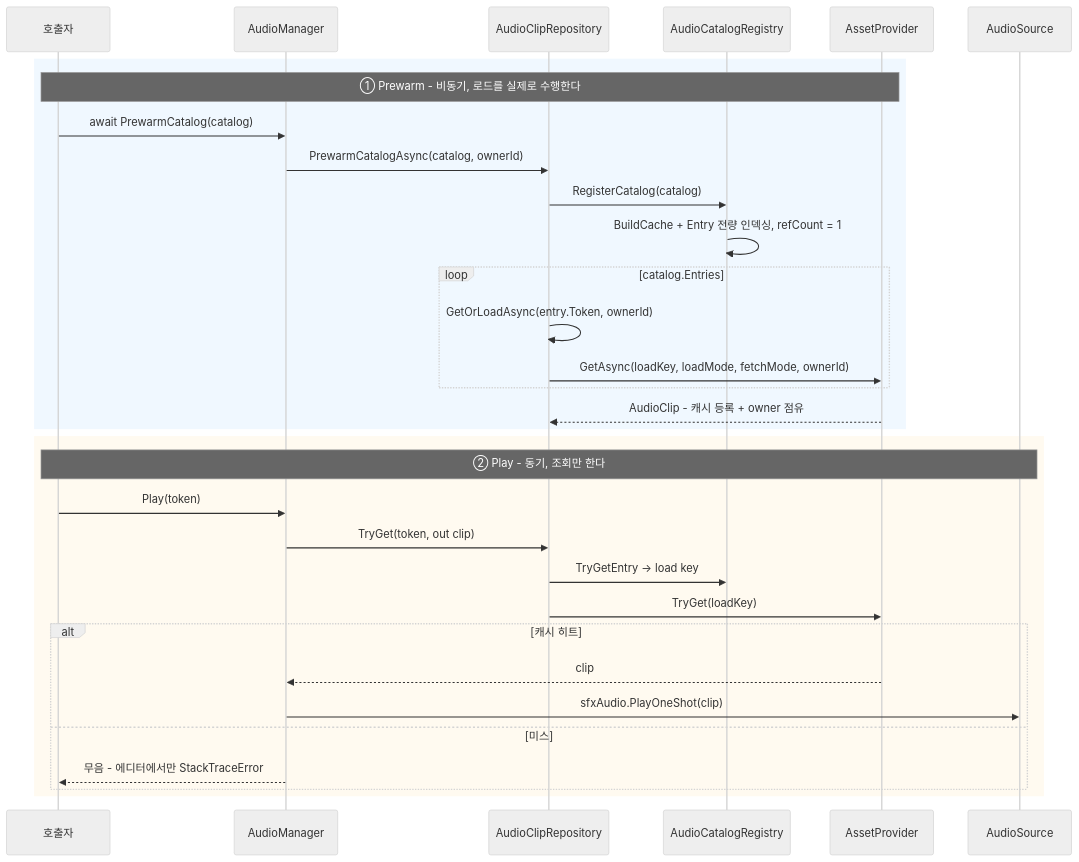
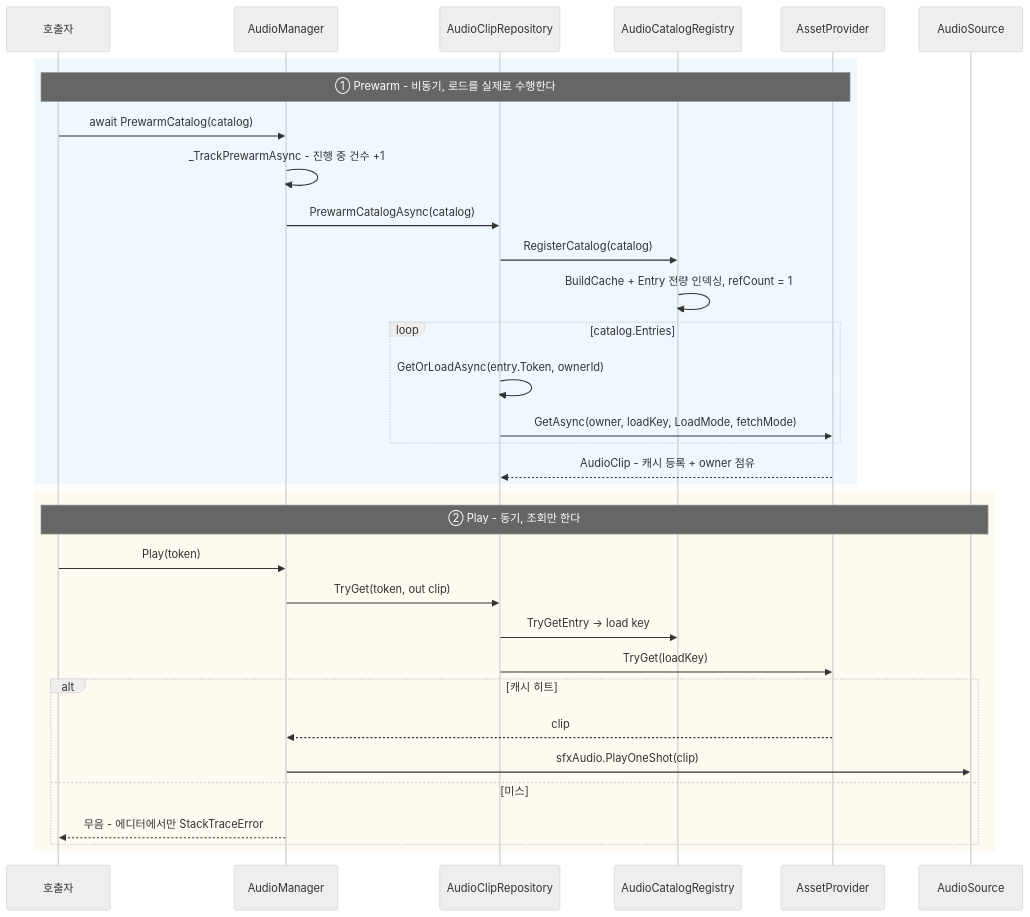
The fourth of 9 diagrams in HAudio/Runtime/README.md (HoHong123/HCUP-Unity), drawn with Mermaid (neutral theme) before and after one commit. The commit also changed other lines of this file, not shown here.

````diff
--- a/HAudio/Runtime/README.md
+++ b/HAudio/Runtime/README.md
@@ -175,36 +173,37 @@
 ```mermaid
 sequenceDiagram
     participant C as 호출자
     participant AM as AudioManager
     participant REPO as AudioClipRepository
     participant REG as AudioCatalogRegistry
     participant AP as AssetProvider
     participant SRC as AudioSource
 
     rect rgb(240, 248, 255)
     Note over C,AP: ① Prewarm - 비동기, 로드를 실제로 수행한다
     C->>AM: await PrewarmCatalog(catalog)
-    AM->>REPO: PrewarmCatalogAsync(catalog, ownerId)
+    AM->>AM: _TrackPrewarmAsync - 진행 중 건수 +1
+    AM->>REPO: PrewarmCatalogAsync(catalog)
     REPO->>REG: RegisterCatalog(catalog)
     REG->>REG: BuildCache + Entry 전량 인덱싱, refCount = 1
     loop catalog.Entries
         REPO->>REPO: GetOrLoadAsync(entry.Token, ownerId)
-        REPO->>AP: GetAsync(loadKey, loadMode, fetchMode, ownerId)
+        REPO->>AP: GetAsync(owner, loadKey, LoadMode, fetchMode)
     end
     AP-->>REPO: AudioClip - 캐시 등록 + owner 점유
     end
 
     rect rgb(255, 250, 240)
     Note over C,SRC: ② Play - 동기, 조회만 한다
     C->>AM: Play(token)
     AM->>REPO: TryGet(token, out clip)
     REPO->>REG: TryGetEntry → load key
     REPO->>AP: TryGet(loadKey)
     alt 캐시 히트
         AP-->>AM: clip
         AM->>SRC: sfxAudio.PlayOneShot(clip)
     else 미스
         AM-->>C: 무음 - 에디터에서만 StackTraceError
     end
     end
 ```
````
